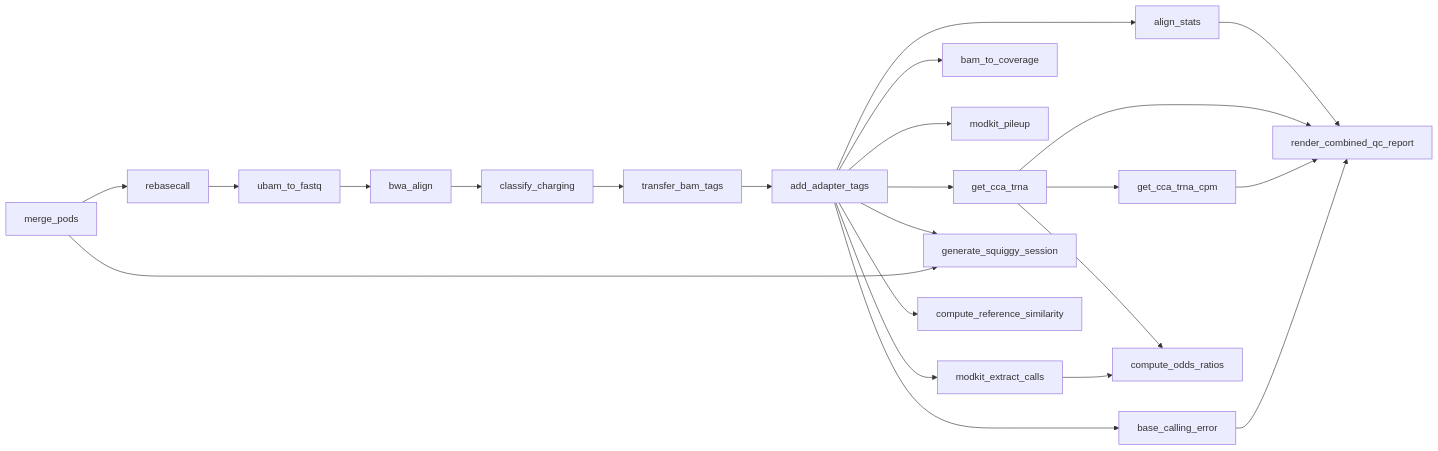
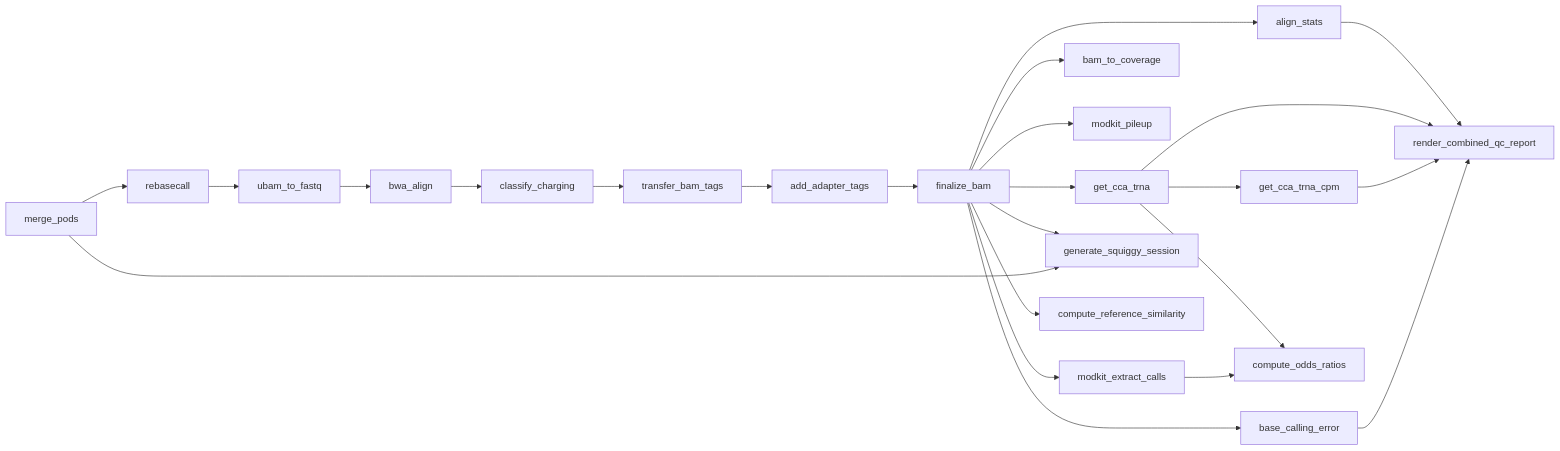
The diagram in docs/workflow/rules-reference.md (rnabioco/aa-tRNA-seq-pipeline), drawn with Mermaid before and after one commit. The commit also changed other lines of this file and 10 other files, not shown here.

First line of the commit message:
feat: implement EDX (3' adapter) demultiplexing via finalize_bam rule

````diff
--- a/docs/workflow/rules-reference.md
+++ b/docs/workflow/rules-reference.md
@@ -657,25 +681,26 @@
 ```mermaid
 flowchart LR
     merge_pods --> rebasecall
     rebasecall --> ubam_to_fastq
     ubam_to_fastq --> bwa_align
     bwa_align --> classify_charging
     classify_charging --> transfer_bam_tags
     transfer_bam_tags --> add_adapter_tags
-    add_adapter_tags --> get_cca_trna
-    add_adapter_tags --> base_calling_error
-    add_adapter_tags --> align_stats
-    add_adapter_tags --> bam_to_coverage
-    add_adapter_tags --> modkit_pileup
-    add_adapter_tags --> modkit_extract_calls
+    add_adapter_tags --> finalize_bam
+    finalize_bam --> get_cca_trna
+    finalize_bam --> base_calling_error
+    finalize_bam --> align_stats
+    finalize_bam --> bam_to_coverage
+    finalize_bam --> modkit_pileup
+    finalize_bam --> modkit_extract_calls
     get_cca_trna --> get_cca_trna_cpm
     get_cca_trna --> compute_odds_ratios
     modkit_extract_calls --> compute_odds_ratios
-    add_adapter_tags --> generate_squiggy_session
+    finalize_bam --> generate_squiggy_session
     merge_pods --> generate_squiggy_session
-    add_adapter_tags --> compute_reference_similarity
+    finalize_bam --> compute_reference_similarity
     align_stats --> render_combined_qc_report
     get_cca_trna --> render_combined_qc_report
     get_cca_trna_cpm --> render_combined_qc_report
     base_calling_error --> render_combined_qc_report
 ```
````
